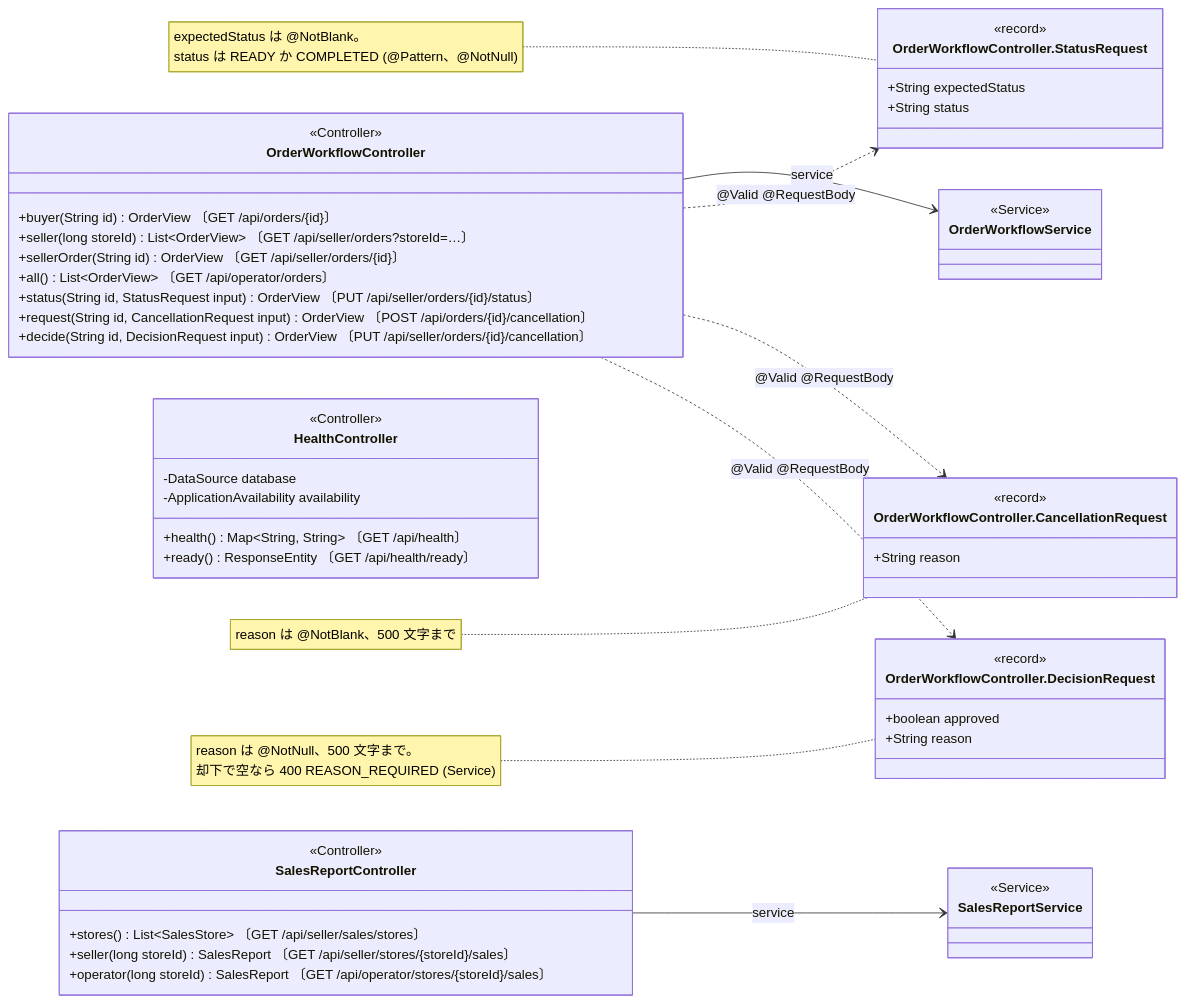
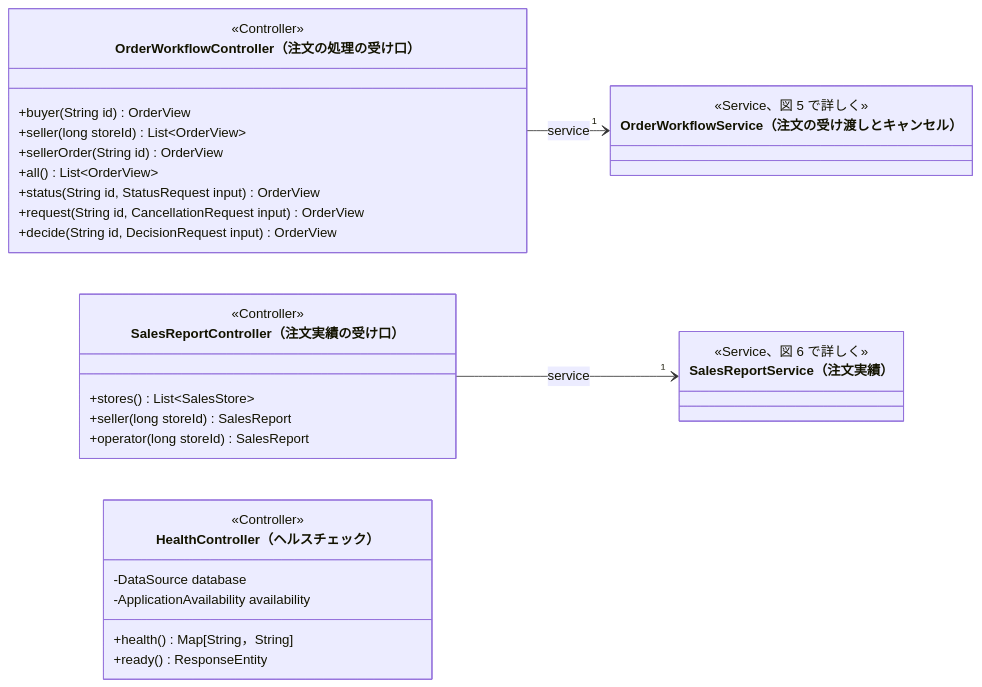
The eighth of 11 diagrams in クラス図/kusakari-ec/04_カートと注文.md (abeouga/kusakari-document), drawn with Mermaid before and after one commit. The commit also changed other lines of this file and 87 other files, not shown here.

Commit message:
EC のクラス図に全体図を足し、詳細図をデータとモジュールの図に分けて書き直す

````diff
--- a/クラス図/kusakari-ec/04_カートと注文.md
+++ b/クラス図/kusakari-ec/04_カートと注文.md
@@ -623,54 +765,36 @@
 ```mermaid
 classDiagram
   direction LR
-  class OrderWorkflowController
-  <<Controller>> OrderWorkflowController
-  OrderWorkflowController : +buyer(String id) OrderView 〔GET /api/orders/{id}〕
-  OrderWorkflowController : +seller(long storeId) List~OrderView~ 〔GET /api/seller/orders?storeId=…〕
-  OrderWorkflowController : +sellerOrder(String id) OrderView 〔GET /api/seller/orders/{id}〕
-  OrderWorkflowController : +all() List~OrderView~ 〔GET /api/operator/orders〕
-  OrderWorkflowController : +status(String id, StatusRequest input) OrderView 〔PUT /api/seller/orders/{id}/status〕
-  OrderWorkflowController : +request(String id, CancellationRequest input) OrderView 〔POST /api/orders/{id}/cancellation〕
-  OrderWorkflowController : +decide(String id, DecisionRequest input) OrderView 〔PUT /api/seller/orders/{id}/cancellation〕
-  class StatusRequest["OrderWorkflowController.StatusRequest"] {
-    <<record>>
-    +String expectedStatus
-    +String status
+  class OrderWorkflowController["OrderWorkflowController（注文の処理の受け口）"] {
+    <<Controller>>
+    +buyer(String id) OrderView
+    +seller(long storeId) List~OrderView~
+    +sellerOrder(String id) OrderView
+    +all() List~OrderView~
+    +status(String id, StatusRequest input) OrderView
+    +request(String id, CancellationRequest input) OrderView
+    +decide(String id, DecisionRequest input) OrderView
   }
-  class CancellationRequest["OrderWorkflowController.CancellationRequest"] {
-    <<record>>
-    +String reason
+  class SalesReportController["SalesReportController（注文実績の受け口）"] {
+    <<Controller>>
+    +stores() List~SalesStore~
+    +seller(long storeId) SalesReport
+    +operator(long storeId) SalesReport
   }
-  class DecisionRequest["OrderWorkflowController.DecisionRequest"] {
-    <<record>>
-    +boolean approved
-    +String reason
+  class HealthController["HealthController（ヘルスチェック）"] {
+    <<Controller>>
+    -DataSource database
+    -ApplicationAvailability availability
+    +health() Map[String，String]
+    +ready() ResponseEntity
   }
-  class SalesReportController
-  <<Controller>> SalesReportController
-  SalesReportController : +stores() List~SalesStore~ 〔GET /api/seller/sales/stores〕
-  SalesReportController : +seller(long storeId) SalesReport 〔GET /api/seller/stores/{storeId}/sales〕
-  SalesReportController : +operator(long storeId) SalesReport 〔GET /api/operator/stores/{storeId}/sales〕
-  class HealthController
-  <<Controller>> HealthController
-  HealthController : -DataSource database
-  HealthController : -ApplicationAvailability availability
-  HealthController : +health() Map~String, String~ 〔GET /api/health〕
-  HealthController : +ready() ResponseEntity 〔GET /api/health/ready〕
-  class OrderWorkflowService {
-    <<Service>>
+  class OrderWorkflowService["OrderWorkflowService（注文の受け渡しとキャンセル）"] {
+    <<Service、図 5 で詳しく>>
   }
-  class SalesReportService {
-    <<Service>>
+  class SalesReportService["SalesReportService（注文実績）"] {
+    <<Service、図 6 で詳しく>>
   }
 
-  OrderWorkflowController --> OrderWorkflowService : service
-  OrderWorkflowController ..> StatusRequest : @Valid @RequestBody
-  OrderWorkflowController ..> CancellationRequest : @Valid @RequestBody
-  OrderWorkflowController ..> DecisionRequest : @Valid @RequestBody
-  SalesReportController --> SalesReportService : service
-
-  note for StatusRequest "expectedStatus は @NotBlank。<br/>status は READY か COMPLETED (@Pattern、@NotNull)"
-  note for CancellationRequest "reason は @NotBlank、500 文字まで"
-  note for DecisionRequest "reason は @NotNull、500 文字まで。<br/>却下で空なら 400 REASON_REQUIRED (Service)"
+  OrderWorkflowController --> "1" OrderWorkflowService : service
+  SalesReportController --> "1" SalesReportService : service
 ```
````
